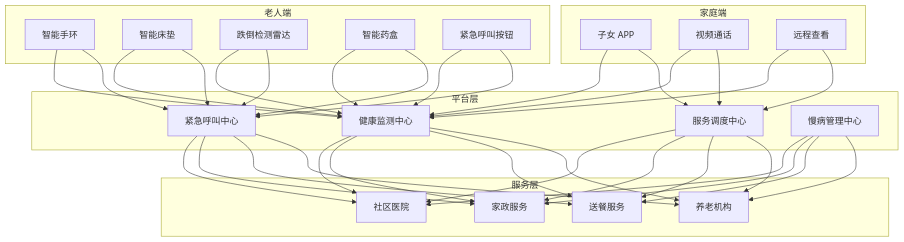
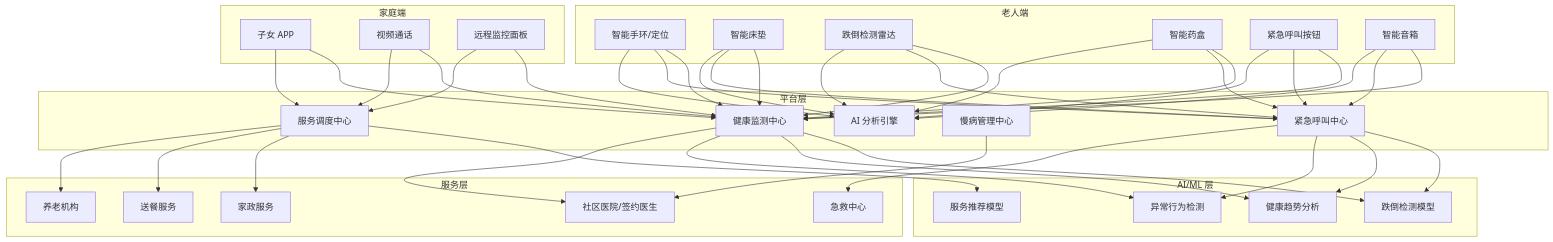
Before and after one commit to kudig-io/kudig-database: the first of 2 diagrams in topic-application-architecture/56-smart-elderly-care.md, drawn with Mermaid. The commit also changed other lines of this file and 8633 other files, not shown here.

````diff
--- a/topic-application-architecture/56-smart-elderly-care.md
+++ b/topic-application-architecture/56-smart-elderly-care.md
@@ -49,34 +134,48 @@
 ```mermaid
 graph TB
-    subgraph 老人端
-        E1[智能手环]
+    subgraph ElderlyLayer["老人端"]
+        E1[智能手环/定位]
         E2[智能床垫]
         E3[跌倒检测雷达]
         E4[智能药盒]
         E5[紧急呼叫按钮]
+        E6[智能音箱]
     end
 
-    subgraph 家庭端
+    subgraph FamilyLayer["家庭端"]
         F1[子女 APP]
         F2[视频通话]
-        F3[远程查看]
+        F3[远程监控面板]
     end
 
-    subgraph 平台层
+    subgraph PlatformLayer["平台层"]
         P1[健康监测中心]
         P2[紧急呼叫中心]
         P3[服务调度中心]
         P4[慢病管理中心]
+        P5[AI 分析引擎]
     end
 
-    subgraph 服务层
-        S1[社区医院]
+    subgraph ServiceLayer["服务层"]
+        S1[社区医院/签约医生]
         S2[家政服务]
         S3[送餐服务]
         S4[养老机构]
+        S5[急救中心]
     end
 
-    E1 & E2 & E3 & E4 & E5 --> P1 & P2
+    subgraph AILayer["AI/ML 层"]
+        AI1[跌倒检测模型]
+        AI2[健康趋势分析]
+        AI3[异常行为检测]
+        AI4[服务推荐模型]
+    end
+
+    E1 & E2 & E3 & E4 & E5 & E6 --> P1 & P2 & P5
     F1 & F2 & F3 --> P1 & P3
-    P1 & P2 & P3 & P4 --> S1 & S2 & S3 & S4
+    P1 & P2 --> AI1 & AI2 & AI3
+    P3 --> AI4
+    P1 & P4 --> S1
+    P2 --> S5
+    P3 --> S2 & S3 & S4
 ```
````
